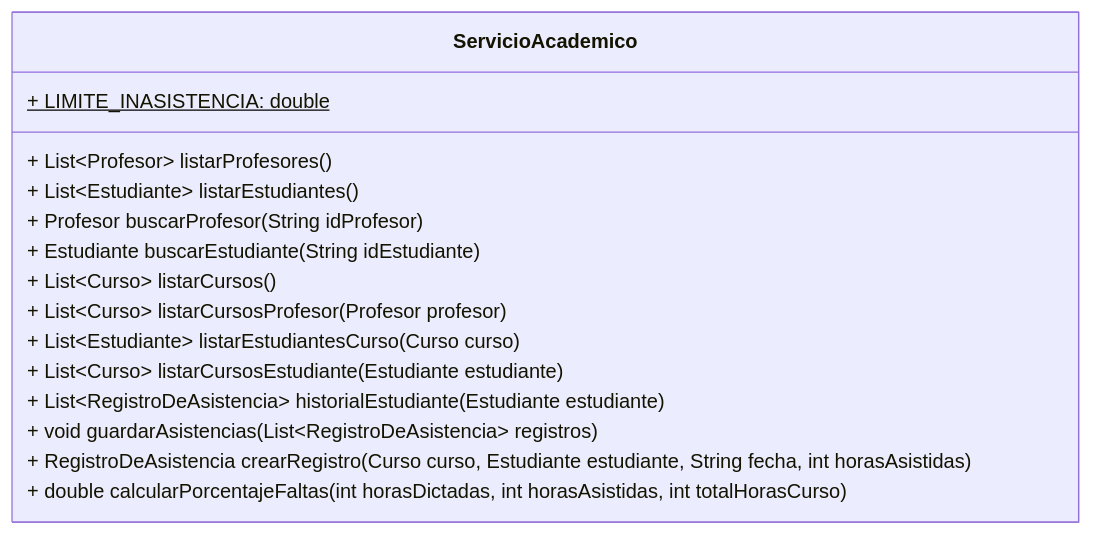
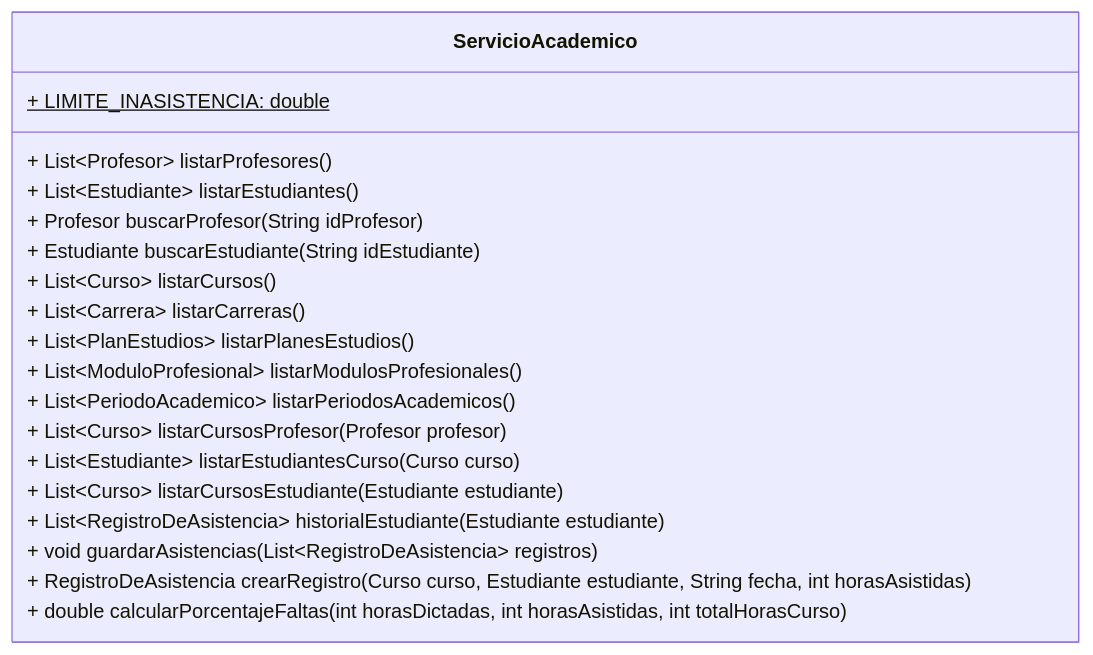
The diagram in docs/service/ServicioAcademico.mmd (Aireck2/take-attendance-java), drawn with Mermaid before and after one commit. The commit also changed 24 other files, not shown here.

```diff
--- a/docs/service/ServicioAcademico.mmd
+++ b/docs/service/ServicioAcademico.mmd
@@ -1,16 +1,20 @@
 classDiagram
     class ServicioAcademico {
         + LIMITE_INASISTENCIA: double$
         + List~Profesor~ listarProfesores()
         + List~Estudiante~ listarEstudiantes()
         + Profesor buscarProfesor(String idProfesor)
         + Estudiante buscarEstudiante(String idEstudiante)
         + List~Curso~ listarCursos()
+        + List~Carrera~ listarCarreras()
+        + List~PlanEstudios~ listarPlanesEstudios()
+        + List~ModuloProfesional~ listarModulosProfesionales()
+        + List~PeriodoAcademico~ listarPeriodosAcademicos()
         + List~Curso~ listarCursosProfesor(Profesor profesor)
         + List~Estudiante~ listarEstudiantesCurso(Curso curso)
         + List~Curso~ listarCursosEstudiante(Estudiante estudiante)
         + List~RegistroDeAsistencia~ historialEstudiante(Estudiante estudiante)
         + void guardarAsistencias(List~RegistroDeAsistencia~ registros)
         + RegistroDeAsistencia crearRegistro(Curso curso, Estudiante estudiante, String fecha, int horasAsistidas)
         + double calcularPorcentajeFaltas(int horasDictadas, int horasAsistidas, int totalHorasCurso)
     }
```
